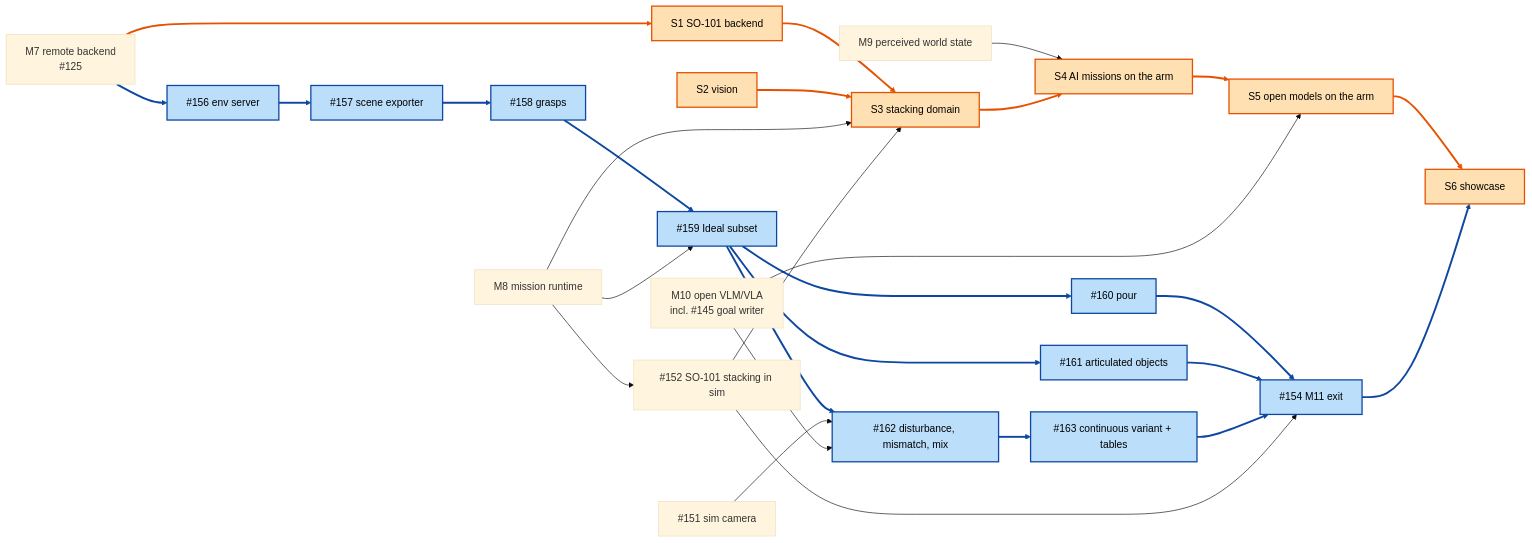
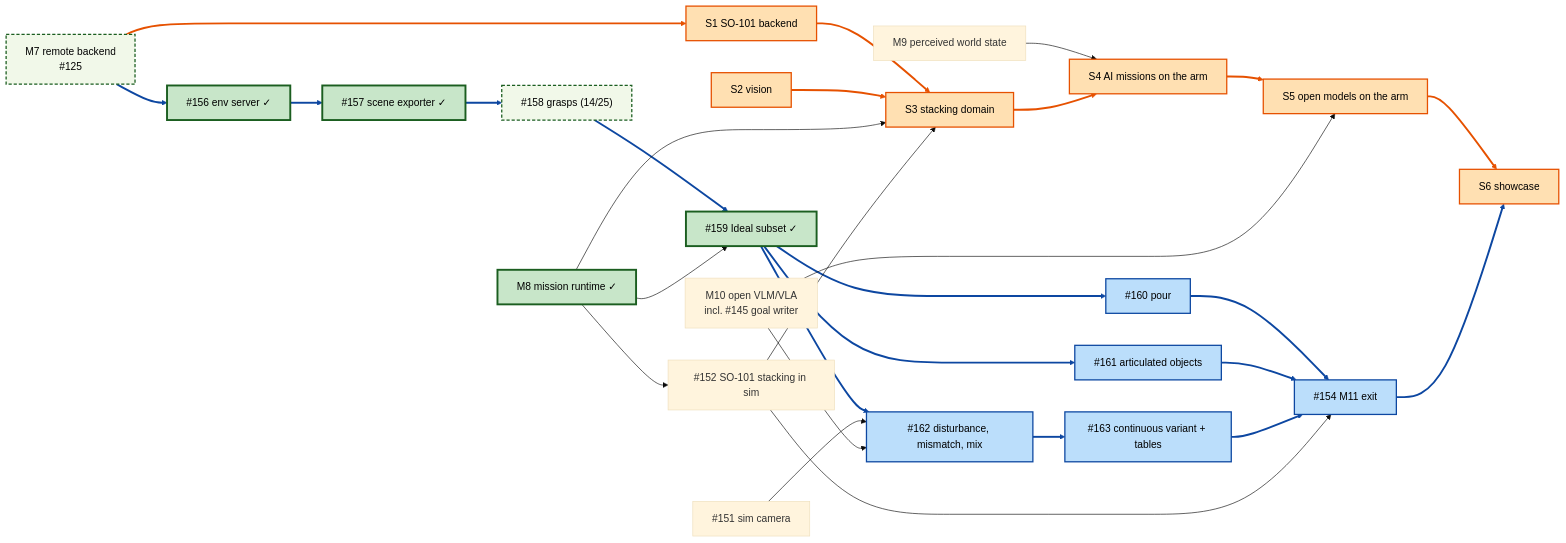
Before and after one commit to thanhndv212/long-tamp: the diagram in docs/plans/roadmap.md, drawn with Mermaid (base theme). The commit also changed other lines of this file, not shown here.

First line of the commit message:
Mark the done roadmap items and highlight them in the showcase diagram

````diff
--- a/docs/plans/roadmap.md
+++ b/docs/plans/roadmap.md
@@ -171,57 +171,61 @@
 ```mermaid
 flowchart LR
   M7[M7 remote backend<br/>#125]
-  M8[M8 mission runtime]
+  M8[M8 mission runtime ✓]
   M9[M9 perceived world state]
   M10[M10 open VLM/VLA<br/>incl. #145 goal writer]
   CAM["#151 sim camera"]
   SIM["#152 SO-101 stacking in sim"]
-  R1["#156 env server"]
-  R2["#157 scene exporter"]
-  R3["#158 grasps"]
-  R4["#159 Ideal subset"]
+  R1["#156 env server ✓"]
+  R2["#157 scene exporter ✓"]
+  R3["#158 grasps (14/25)"]
+  R4["#159 Ideal subset ✓"]
   R5["#160 pour"]
   R6["#161 articulated objects"]
   R7["#162 disturbance, mismatch, mix"]
   R8["#163 continuous variant + tables"]
   X["#154 M11 exit"]
   S1[S1 SO-101 backend]
   S2[S2 vision]
   S3[S3 stacking domain]
   S4[S4 AI missions on the arm]
   S5[S5 open models on the arm]
   S6[S6 showcase]
   M7 --> R1
   R1 --> R2
   R2 --> R3
   R3 --> R4
   M8 --> R4
   R4 --> R5
   R4 --> R6
   R4 --> R7
   CAM --> R7
   M10 --> R7
   R7 --> R8
   R5 --> X
   R6 --> X
   R8 --> X
   M8 --> SIM
   SIM --> X
   M7 --> S1
   S1 --> S3
   S2 --> S3
   M8 --> S3
   SIM --> S3
   M9 --> S4
   S3 --> S4
   S4 --> S5
   M10 --> S5
   S5 --> S6
   X --> S6
   classDef hw fill:#ffe0b2,stroke:#e65100,stroke-width:2px,color:#000
   classDef bench fill:#bbdefb,stroke:#0d47a1,stroke-width:2px,color:#000
   class S1,S2,S3,S4,S5,S6 hw
   class R1,R2,R3,R4,R5,R6,R7,R8,X bench
+  classDef done fill:#c8e6c9,stroke:#1b5e20,stroke-width:3px,color:#000
+  classDef partial fill:#f1f8e9,stroke:#1b5e20,stroke-width:2px,stroke-dasharray:5 3,color:#000
+  class M8,R1,R2,R4 done
+  class M7,R3 partial
   linkStyle 16,17,18,22,23,25 stroke:#e65100,stroke-width:3px
   linkStyle 0,1,2,3,5,6,7,10,11,12,13,26 stroke:#0d47a1,stroke-width:3px
 ```
````
